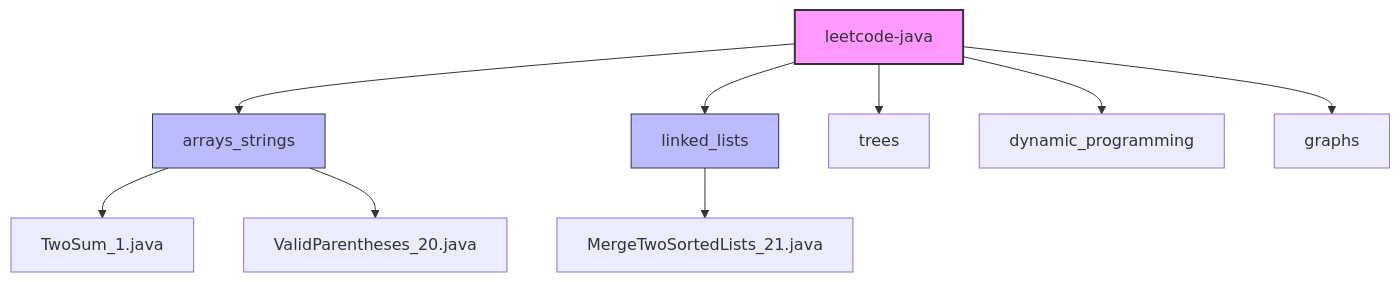
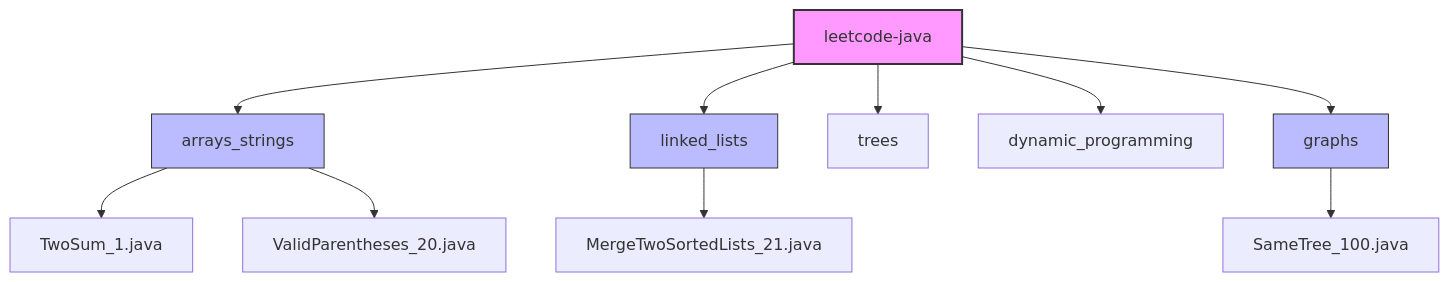
One commit to nadavramon/leetcode-java changed the diagram in README.md. Above: the diagram before and after it, drawn with Mermaid. The commit also changed other lines of this file and 15 other files, not shown here.

````diff
--- a/README.md
+++ b/README.md
@@ -16,16 +16,18 @@
 ```mermaid
 graph TD
     Root[leetcode-java] --> Arrays[arrays_strings]
     Root --> LinkedLists[linked_lists]
     Root --> Trees[trees]
     Root --> DP[dynamic_programming]
     Root --> Graphs[graphs]
     
     Arrays --> TwoSum[TwoSum_1.java]
     Arrays --> ValidP[ValidParentheses_20.java]
     LinkedLists --> MergeLists[MergeTwoSortedLists_21.java]
+    Graphs --> SameTree[SameTree_100.java]
     
     style Root fill:#f9f,stroke:#333,stroke-width:2px
     style Arrays fill:#bbf,stroke:#333,stroke-width:1px
     style LinkedLists fill:#bbf,stroke:#333,stroke-width:1px
+    style Graphs fill:#bbf,stroke:#333,stroke-width:1px
 ```
````
